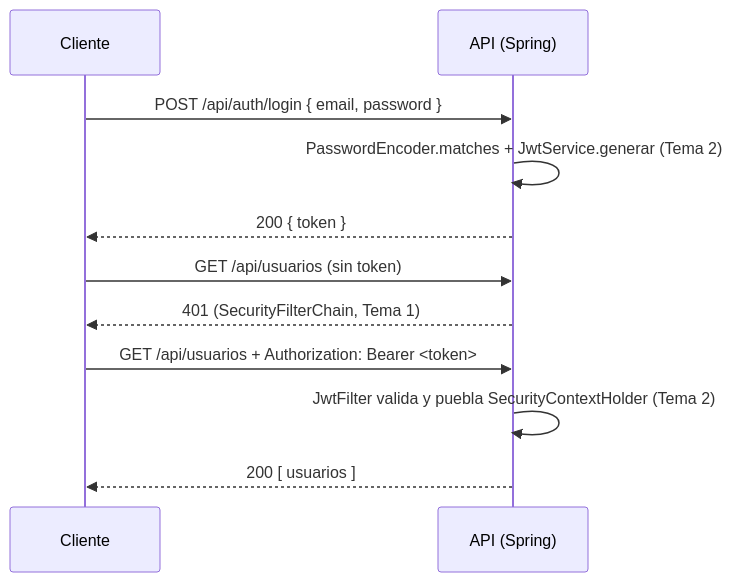
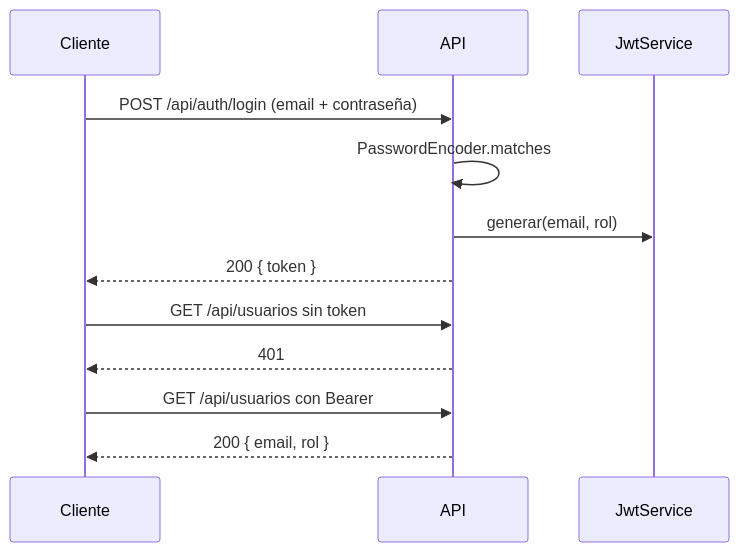
The third of 3 diagrams in web/public/content/spring-boot/modulo-4.md (NICORUIZ93/The_Imperial_Book), drawn with Mermaid before and after one commit. The commit also changed other lines of this file and 17 other files, not shown here.

Commit message:
Rewrite Spring Boot login flow lesson

````diff
--- a/web/public/content/spring-boot/modulo-4.md
+++ b/web/public/content/spring-boot/modulo-4.md
@@ -789,13 +773,11 @@
 ```mermaid
 sequenceDiagram
-  participant C as Cliente
-  participant A as API (Spring)
-  C->>A: POST /api/auth/login { email, password }
-  A->>A: PasswordEncoder.matches + JwtService.generar (Tema 2)
-  A-->>C: 200 { token }
-  C->>A: GET /api/usuarios (sin token)
-  A-->>C: 401 (SecurityFilterChain, Tema 1)
-  C->>A: GET /api/usuarios + Authorization: Bearer <token>
-  A->>A: JwtFilter valida y puebla SecurityContextHolder (Tema 2)
-  A-->>C: 200 [ usuarios ]
+  Cliente->>API: POST /api/auth/login (email + contraseña)
+  API->>API: PasswordEncoder.matches
+  API->>JwtService: generar(email, rol)
+  API-->>Cliente: 200 { token }
+  Cliente->>API: GET /api/usuarios sin token
+  API-->>Cliente: 401
+  Cliente->>API: GET /api/usuarios con Bearer
+  API-->>Cliente: 200 { email, rol }
 ```
````
